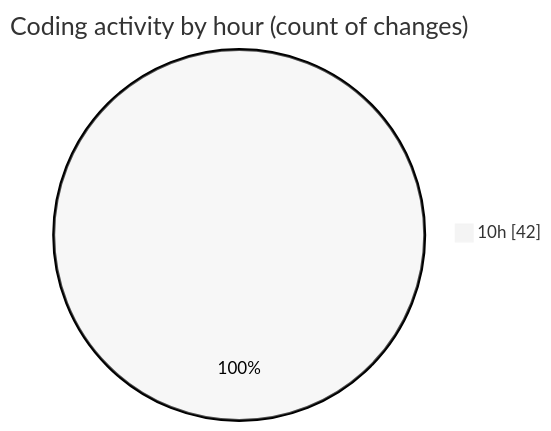
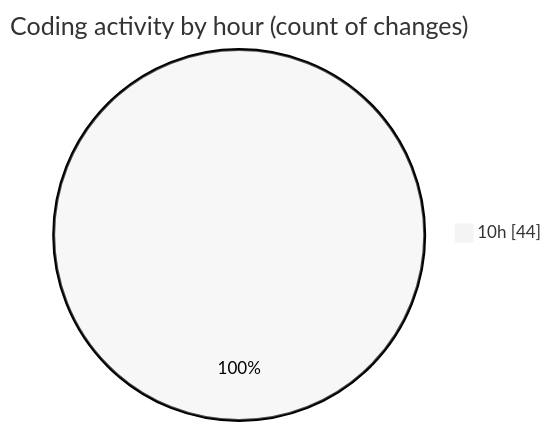
The second of 2 diagrams in 2026-06-18/cda/README.md (momahboobian/code-tracking), drawn with Mermaid (neutral theme) before and after one commit. The commit also changed other lines of this file and 1 other file, not shown here.

````diff
--- a/2026-06-18/cda/README.md
+++ b/2026-06-18/cda/README.md
@@ -61,5 +61,5 @@
 ```mermaid
 pie showData
 title Coding activity by hour (count of changes)
-"10h" : 42
+"10h" : 44
 ```
````
